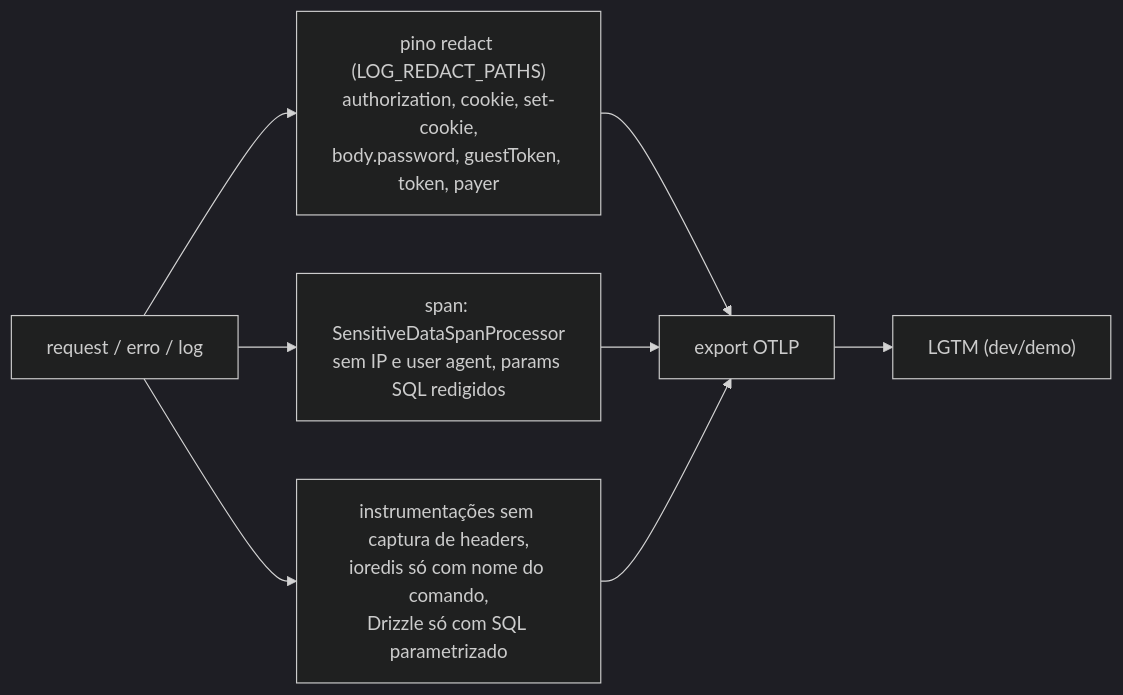
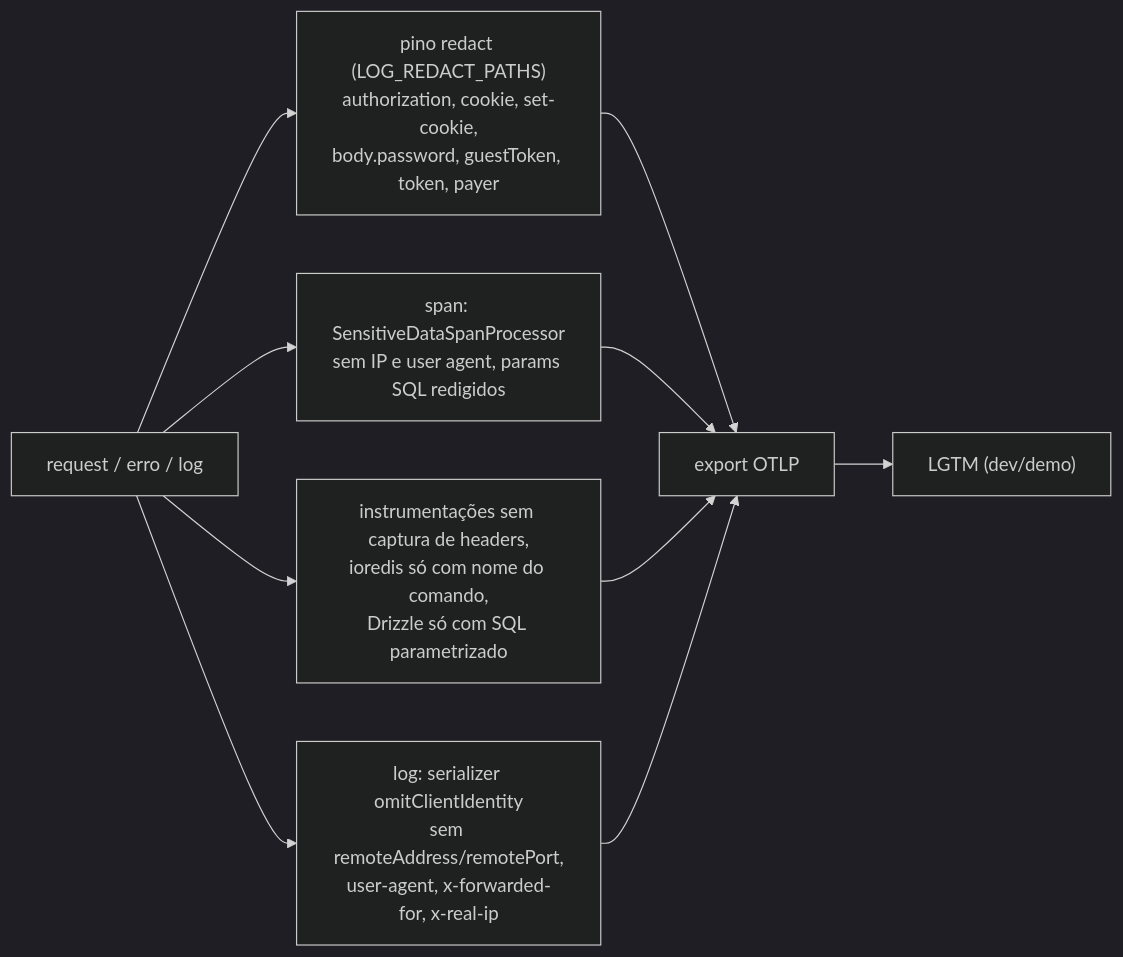
Before and after one commit to D4rkM/movietickets: the third of 7 diagrams in docs/flows/observability/sequence.md, drawn with Mermaid (dark theme). The commit also changed other lines of this file and 3 other files, not shown here.

First line of the commit message:
docs: atualiza diagramas de observabilidade, booking e front (#96)

````diff
--- a/docs/flows/observability/sequence.md
+++ b/docs/flows/observability/sequence.md
@@ -76,10 +76,12 @@
 ```mermaid
 flowchart LR
     R["request / erro / log"] --> P1["pino redact (LOG_REDACT_PATHS)<br/>authorization, cookie, set-cookie,<br/>body.password, guestToken, token, payer"]
+    R --> P4["log: serializer omitClientIdentity<br/>sem remoteAddress/remotePort,<br/>user-agent, x-forwarded-for, x-real-ip"]
     R --> P2["span: SensitiveDataSpanProcessor<br/>sem IP e user agent, params SQL redigidos"]
     R --> P3["instrumentações sem captura de headers,<br/>ioredis só com nome do comando,<br/>Drizzle só com SQL parametrizado"]
     P1 --> E["export OTLP"]
     P2 --> E
     P3 --> E
+    P4 --> E
     E --> L["LGTM (dev/demo)"]
 ```
````
